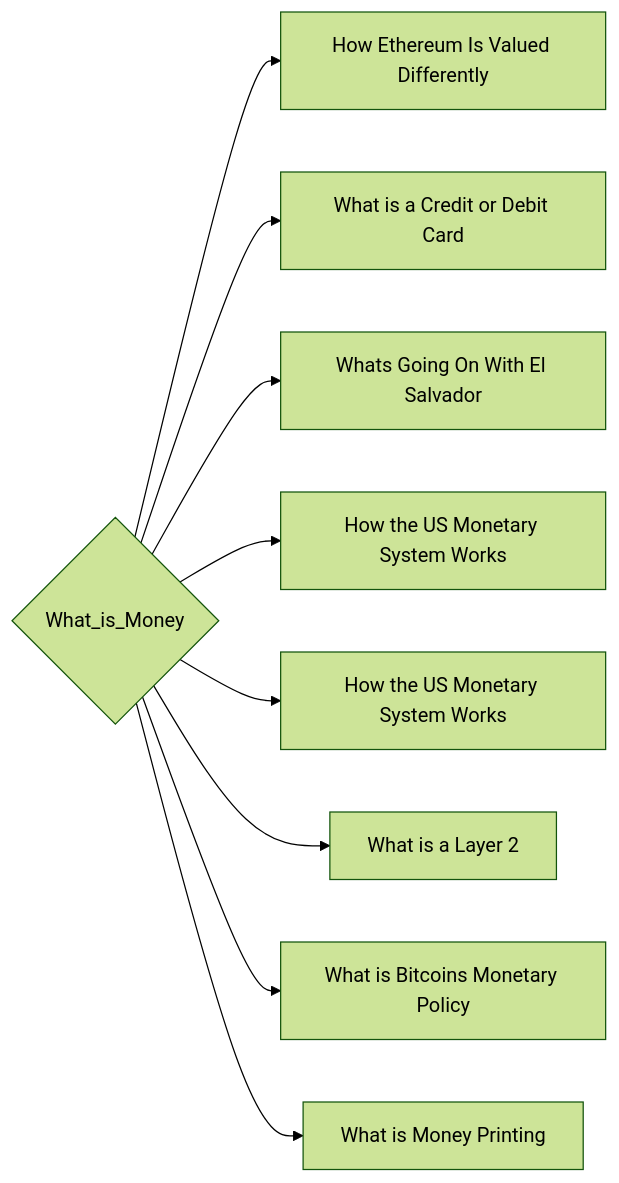
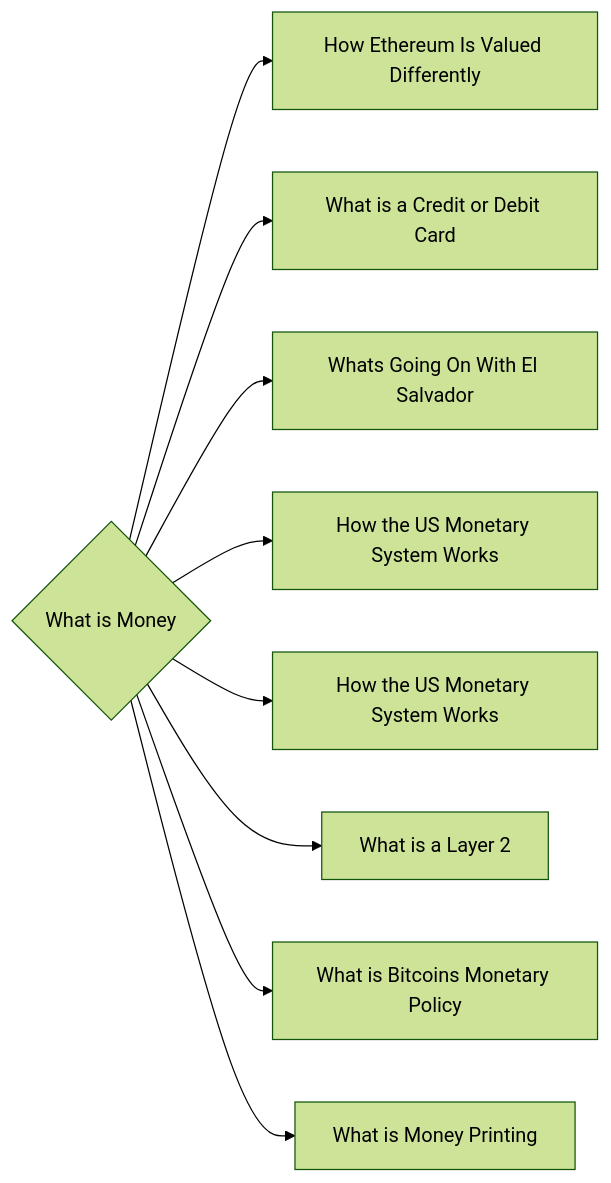
One commit to lpurdy01/crypto-knowledge-map changed the diagram in notes/What_is_Money.md. Above: the diagram before and after it, drawn with Mermaid (forest theme). The commit also changed 58 other files, not shown here.

````diff
--- a/notes/What_is_Money.md
+++ b/notes/What_is_Money.md
@@ -6,11 +6,11 @@
 ```mermaid
 graph LR
-0{"What_is_Money"}-->1["How Ethereum Is Valued Differently"]
-0{"What_is_Money"}-->2["What is a Credit or Debit Card"]
-0{"What_is_Money"}-->3["Whats Going On With El Salvador"]
-0{"What_is_Money"}-->4["How the US Monetary System Works"]
-0{"What_is_Money"}-->5["How the US Monetary System Works"]
-0{"What_is_Money"}-->6["What is a Layer 2"]
-0{"What_is_Money"}-->7["What is Bitcoins Monetary Policy"]
-0{"What_is_Money"}-->8["What is Money Printing"]
+0{"What is Money"}-->1["How Ethereum Is Valued Differently"]
+0{"What is Money"}-->2["What is a Credit or Debit Card"]
+0{"What is Money"}-->3["Whats Going On With El Salvador"]
+0{"What is Money"}-->4["How the US Monetary System Works"]
+0{"What is Money"}-->5["How the US Monetary System Works"]
+0{"What is Money"}-->6["What is a Layer 2"]
+0{"What is Money"}-->7["What is Bitcoins Monetary Policy"]
+0{"What is Money"}-->8["What is Money Printing"]
 ```
````
